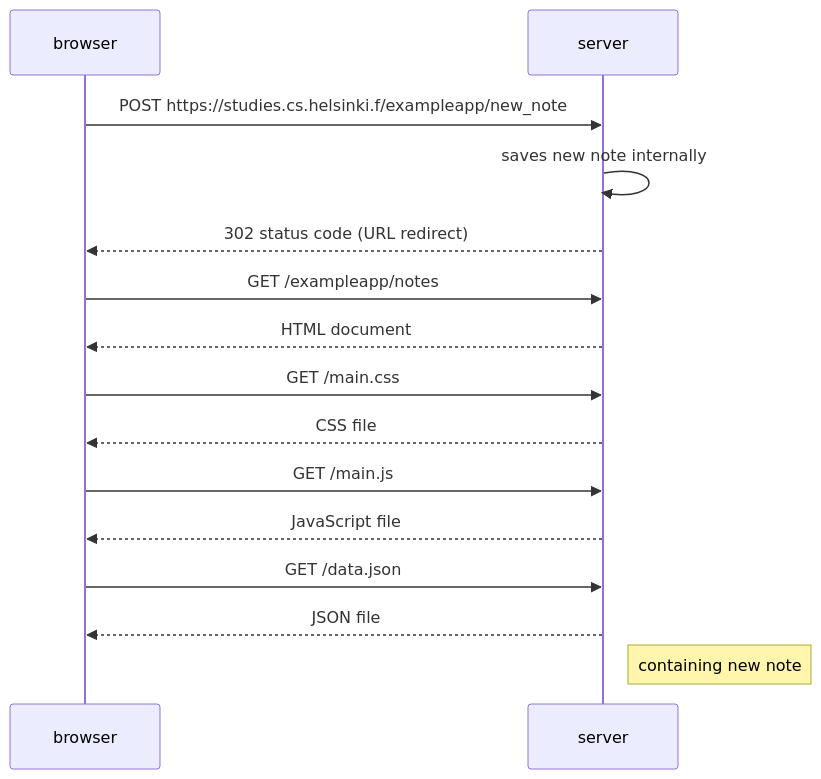
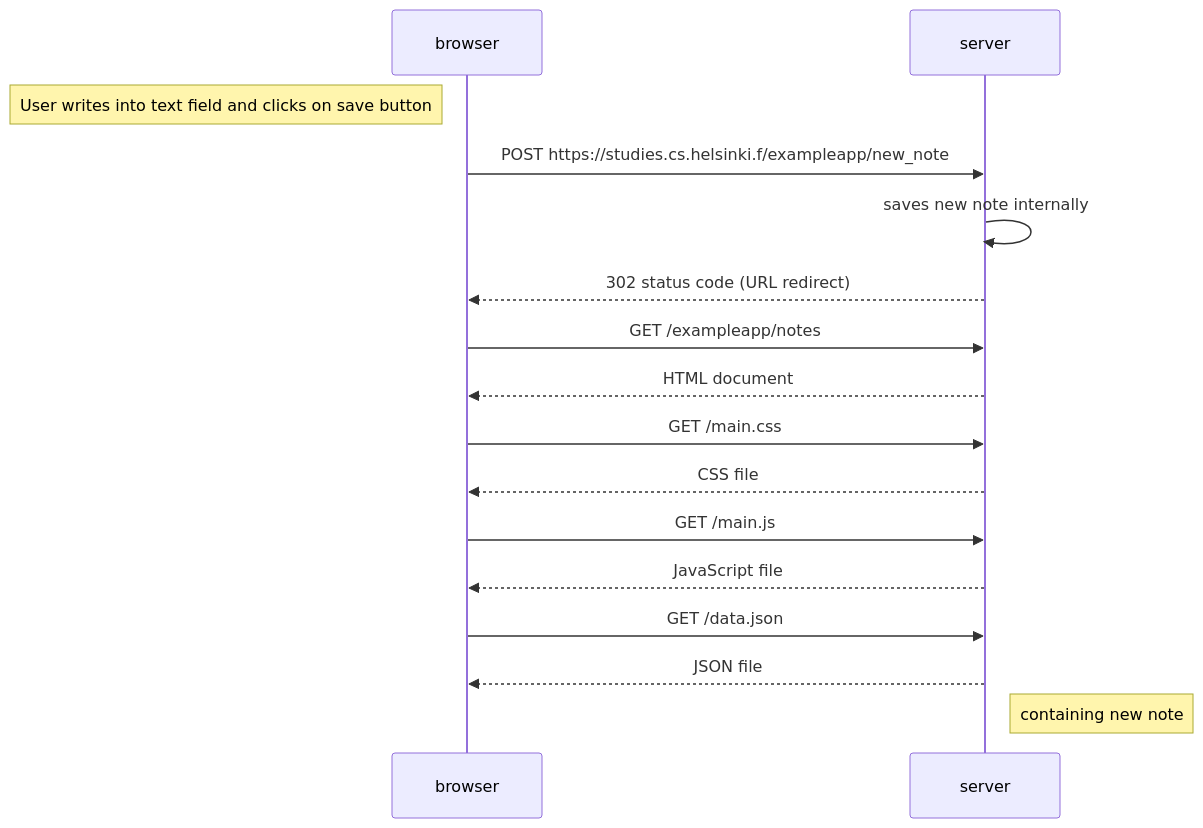
The diagram in part0/ex04/newNodeDiagram.md (Nipsu24/fullstack_open), drawn with Mermaid before and after one commit.

Commit message:
adds user action

````diff
--- a/part0/ex04/newNodeDiagram.md
+++ b/part0/ex04/newNodeDiagram.md
@@ -1,22 +1,23 @@
 ```mermaid
 sequenceDiagram
     participant browser
     participant server
 
+    Note left of browser: User writes into text field and clicks on save button
     browser->>server: POST https://studies.cs.helsinki.f/exampleapp/new_note
     server->>server: saves new note internally
     server-->>browser: 302 status code (URL redirect)
 
     browser->>server: GET /exampleapp/notes
     server-->>browser: HTML document
 
     browser->>server: GET /main.css
     server-->>browser: CSS file
 
     browser->>server: GET /main.js
     server-->>browser: JavaScript file
 
     browser->>server: GET /data.json
     server-->>browser: JSON file
     Note right of server: containing new note
 ```
````
